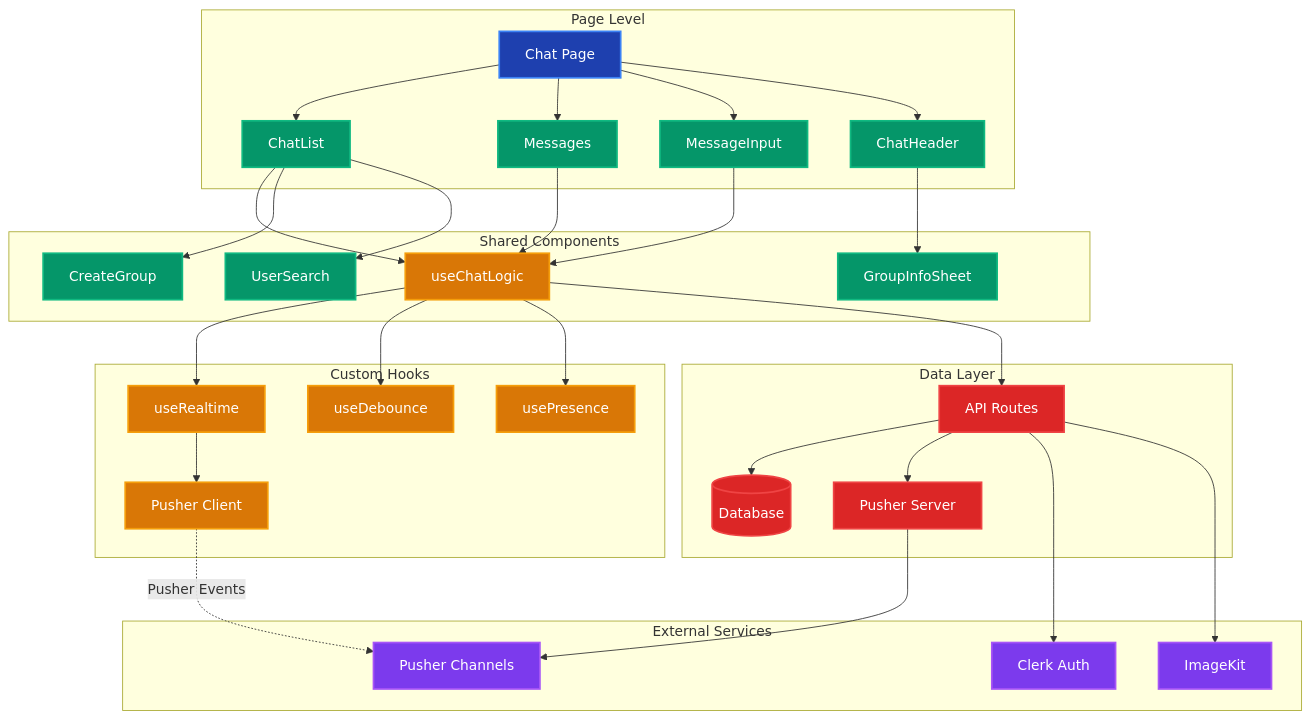
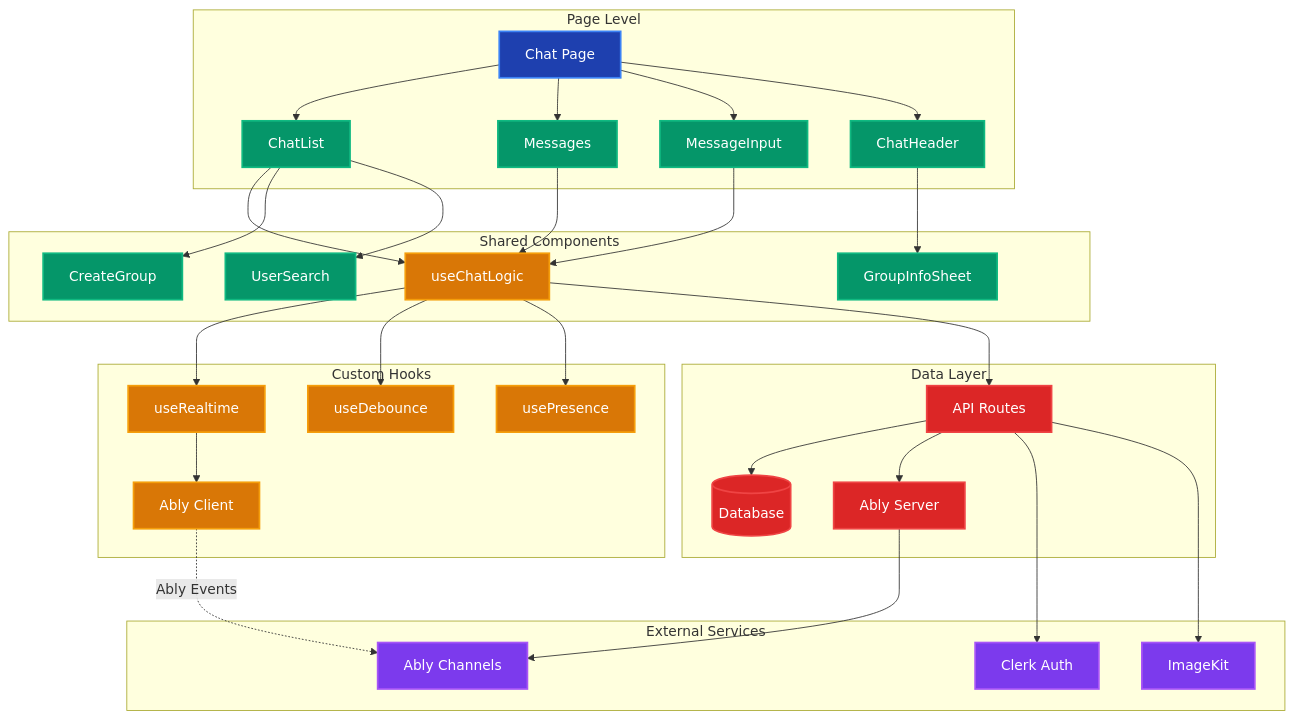
Before and after one commit to ateendra24/realtime-chat-nextjs: the third of 5 diagrams in README.md, drawn with Mermaid. The commit also changed other lines of this file and 3 other files, not shown here.

Commit message:
feat: update documentation and code references from Pusher to Ably for real-time messaging

````diff
--- a/README.md
+++ b/README.md
@@ -325,51 +320,51 @@
 ```mermaid
 graph TD
     subgraph Page ["Page Level"]
         CP[Chat Page] --> CL[ChatList]
         CP --> M[Messages]
         CP --> MI[MessageInput]
         CP --> CH[ChatHeader]
     end
 
     subgraph Shared ["Shared Components"]
         CL --> UCL[useChatLogic]
         M --> UCL
         MI --> UCL
         CH --> GIS[GroupInfoSheet]
         CL --> CG[CreateGroup]
         CL --> US[UserSearch]
     end
 
     subgraph Hooks ["Custom Hooks"]
         UCL --> UR[useRealtime]
         UCL --> UD[useDebounce]
         UCL --> UP[usePresence]
-        UR --> PC[Pusher Client]
+        UR --> PC[Ably Client]
     end
 
     subgraph Data ["Data Layer"]
         UCL --> API[API Routes]
         API --> DB[(Database)]
-        API --> PS[Pusher Server]
+        API --> PS[Ably Server]
     end
 
     subgraph Services ["External Services"]
         API --> CK[Clerk Auth]
         API --> IK[ImageKit]
-        PS --> PCH[Pusher Channels]
-        PC -.->|Pusher Events| PCH
+        PS --> PCH[Ably Channels]
+        PC -.->|Ably Events| PCH
     end
 
     %% Styling
     classDef page fill:#1e40af,stroke:#3b82f6,stroke-width:2px,color:#fff
     classDef component fill:#059669,stroke:#10b981,stroke-width:2px,color:#fff
     classDef hook fill:#d97706,stroke:#f59e0b,stroke-width:2px,color:#fff
     classDef data fill:#dc2626,stroke:#ef4444,stroke-width:2px,color:#fff
     classDef external fill:#7c3aed,stroke:#a855f7,stroke-width:2px,color:#fff
 
     class CP page
     class CL,M,MI,CH,GIS,CG,US component
     class UCL,UR,UD,UP,PC hook
     class API,DB,PS data
     class CK,IK,PCH external
 ```
````
